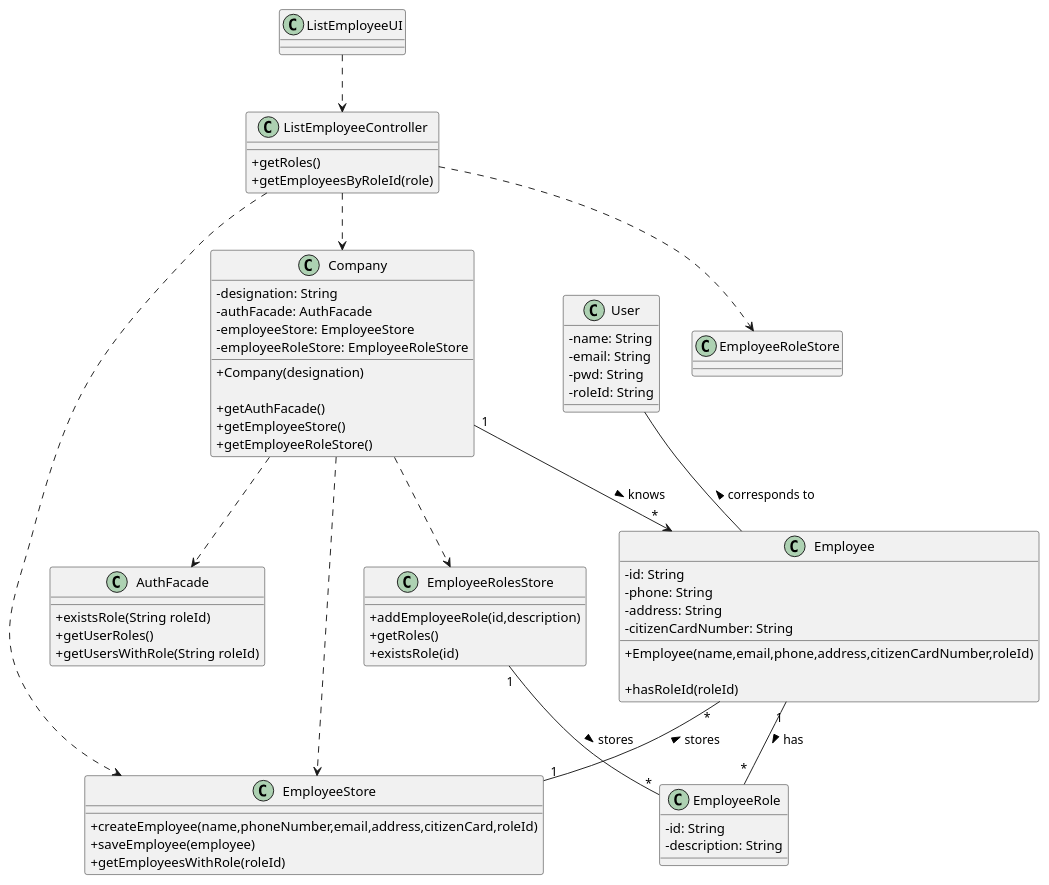
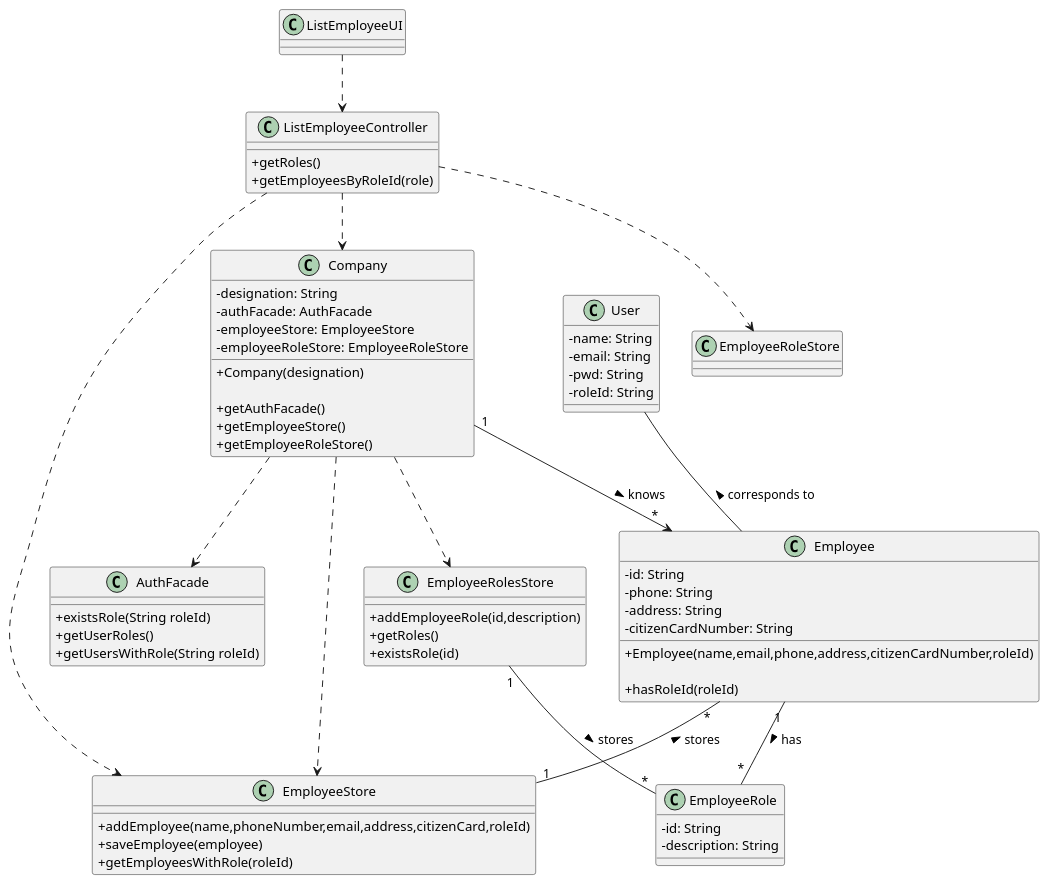
The diagram in docs/SprintB/US11/CD/US11_CD.puml (miseEnPlace-i/lapr2), drawn with PlantUML before and after one commit. The commit also changed 3 other files, not shown here.

Commit message:
refactor: renamed createEmployee() to addEmployee() for consistency

```diff
--- a/docs/SprintB/US11/CD/US11_CD.puml
+++ b/docs/SprintB/US11/CD/US11_CD.puml
@@ -1,82 +1,82 @@
 @startuml
 skinparam classAttributeIconSize 0
 
 class User {
   -name: String
   -email: String
   -pwd: String
   -roleId: String
 }
 
 class Employee {
   -id: String
   -phone: String
   -address: String
   -citizenCardNumber: String
   
   +Employee(name,email,phone,address,citizenCardNumber,roleId)
 
   +hasRoleId(roleId)
 }
 
 class Company {
   -designation: String
   -authFacade: AuthFacade
   -employeeStore: EmployeeStore
   -employeeRoleStore: EmployeeRoleStore
   
   +Company(designation)
 
   +getAuthFacade()
   +getEmployeeStore()
   +getEmployeeRoleStore()
 }
 
 class AuthFacade {
   +existsRole(String roleId)
   +getUserRoles()
   +getUsersWithRole(String roleId)
 }
 
 class EmployeeStore {
-  +createEmployee(name,phoneNumber,email,address,citizenCard,roleId)
+  +addEmployee(name,phoneNumber,email,address,citizenCard,roleId)
   +saveEmployee(employee)
   +getEmployeesWithRole(roleId)
 }
 
 class ListEmployeeController {
   +getRoles()
   +getEmployeesByRoleId(role)
 }
 
 class EmployeeRole {
   -id: String
   -description: String
 }
 
 class ListEmployeeUI {}
 
 class EmployeeRolesStore {
   +addEmployeeRole(id,description)
   +getRoles()
   +existsRole(id)
 }
 
 ListEmployeeUI ..> ListEmployeeController
 ListEmployeeController ..> Company
 
 Company ..> AuthFacade
 Company ..> EmployeeStore
 Employee "*" -- "1" EmployeeStore : stores <
 Company "1" --> "*" Employee : knows >
 
 EmployeeRolesStore "1" -- "*" EmployeeRole : stores >
 Company ..> EmployeeRolesStore
 Employee "1" -- "*" EmployeeRole : has >
 
 ListEmployeeController ..> EmployeeStore
 ListEmployeeController ..> EmployeeRoleStore
 
 User -- Employee : corresponds to <
 
 @enduml
```
